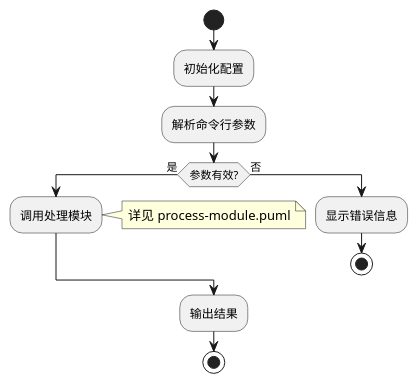
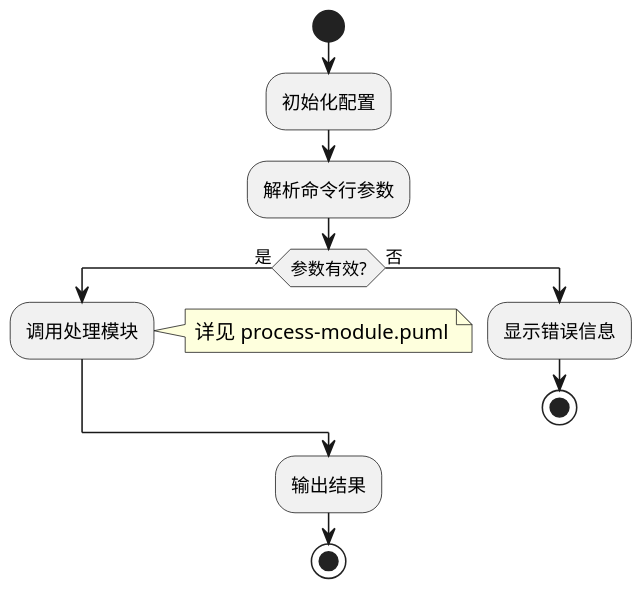
One commit to sayurinana/agent-aide changed the diagram in aide-marketplace/aide-plugin/commands/run.md. Above: the diagram before and after it, drawn with PlantUML. The commit also changed other lines of this file and 20 other files, not shown here.

````diff
--- a/aide-marketplace/aide-plugin/commands/run.md
+++ b/aide-marketplace/aide-plugin/commands/run.md
@@ -277,19 +288,23 @@
 ```plantuml
 @startuml
+skinparam defaultFontName "Arial"
+skinparam dpi 300
+scale 0.5
+
 ' 主程序流程图
 start
 :初始化配置;
 :解析命令行参数;
 
 if (参数有效?) then (是)
   :调用处理模块;
   note right: 详见 process-module.puml
 else (否)
   :显示错误信息;
   stop
 endif
 
 :输出结果;
 stop
 @enduml
 ```
````
